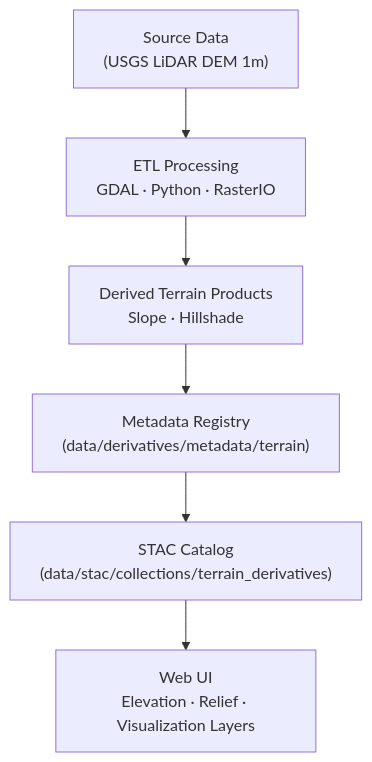
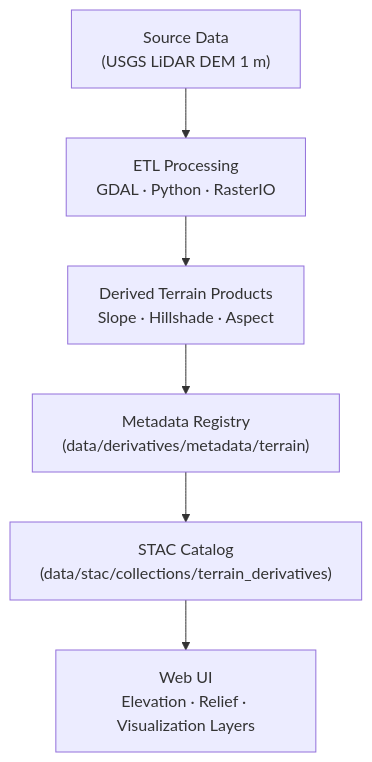
The diagram in data/derivatives/metadata/terrain/README.md (bartytime4life/Kansas-Frontier-Matrix), drawn with Mermaid before and after one commit. The commit also changed other lines of this file, not shown here.

First line of the commit message:
Revise README for terrain derivative metadata

````diff
--- a/data/derivatives/metadata/terrain/README.md
+++ b/data/derivatives/metadata/terrain/README.md
@@ -106,9 +122,9 @@
 ```mermaid
 flowchart TD
-    A["Source Data<br/>(USGS LiDAR DEM 1m)"]
+    A["Source Data<br/>(USGS LiDAR DEM 1 m)"]
         --> B["ETL Processing<br/>GDAL · Python · RasterIO"]
-    B --> C["Derived Terrain Products<br/>Slope · Hillshade"]
+    B --> C["Derived Terrain Products<br/>Slope · Hillshade · Aspect"]
     C --> D["Metadata Registry<br/>(data/derivatives/metadata/terrain)"]
     D --> E["STAC Catalog<br/>(data/stac/collections/terrain_derivatives)"]
     E --> F["Web UI<br/>Elevation · Relief · Visualization Layers"]
 ```
````
